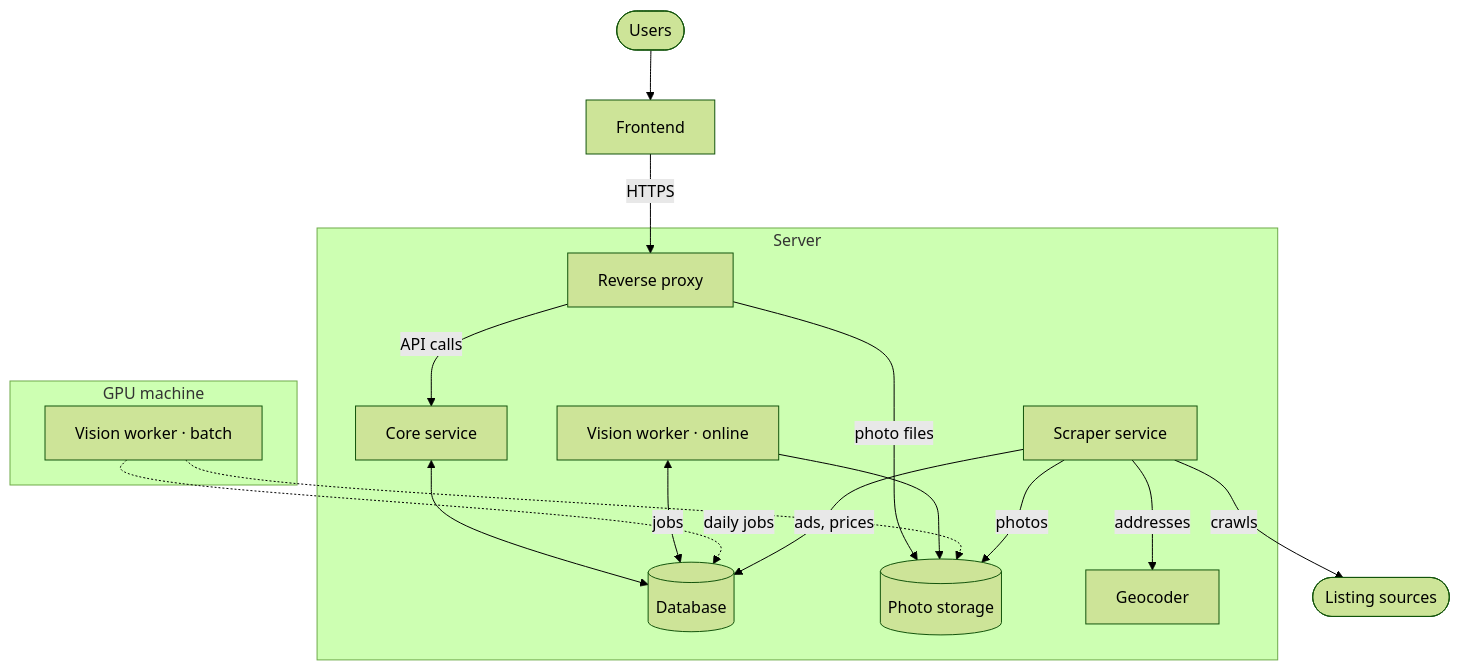
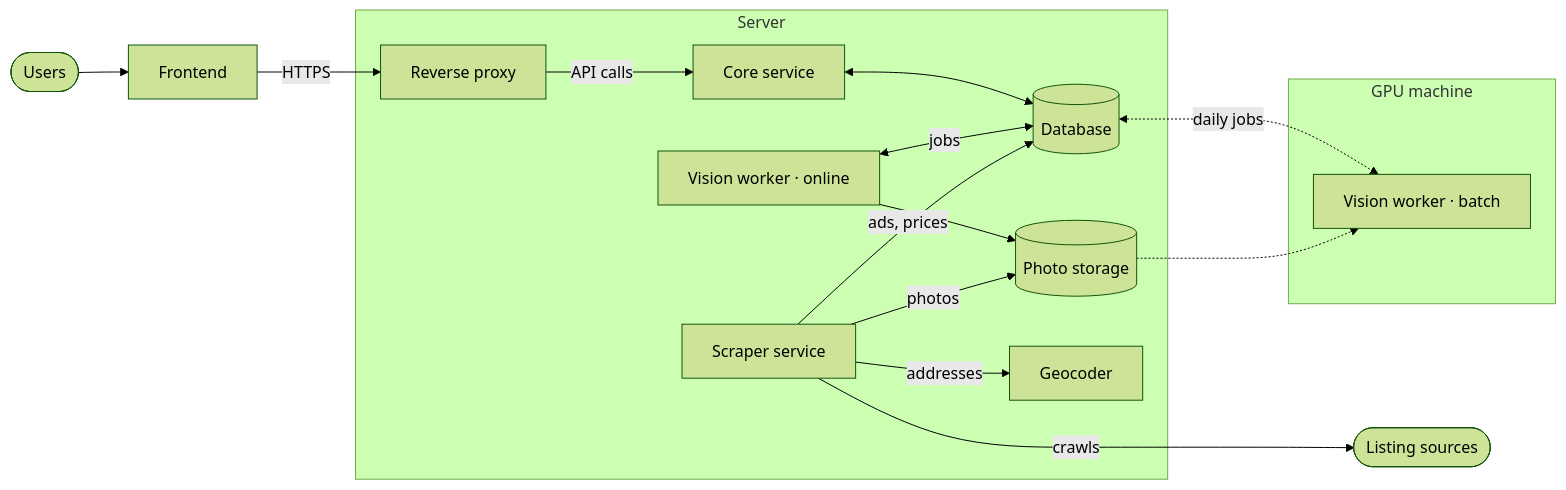
The diagram in README.md (mcittkmims/apartment-lens), drawn with Mermaid (forest theme) before and after one commit.

Commit message:
Lay out the diagram left to right: users, server, outside componentsClaude-Session: https://claude.ai/code/session_017Dt9DBNnQxbeH2nxV5Xm2r

````diff
--- a/README.md
+++ b/README.md
@@ -26,35 +26,34 @@
 ```mermaid
-flowchart TB
+flowchart LR
     users([Users])
     frontend["Frontend"]
-
-    subgraph gpu["GPU machine"]
-        vbatch["Vision worker · batch"]
-    end
 
     subgraph server["Server"]
         proxy["Reverse proxy"]
         core["Core service"]
         vonline["Vision worker · online"]
         scraper["Scraper service"]
         db[("Database")]
         store[("Photo storage")]
         geo["Geocoder"]
     end
 
+    subgraph gpu["GPU machine"]
+        vbatch["Vision worker · batch"]
+    end
+
     sources([Listing sources])
 
     users --> frontend
     frontend -->|HTTPS| proxy
     proxy -->|API calls| core
-    proxy -->|photo files| store
     core <--> db
     vonline <-->|jobs| db
     vonline --> store
-    vbatch -.->|daily jobs| db
-    vbatch -.-> store
     scraper -->|ads, prices| db
     scraper -->|photos| store
     scraper -->|addresses| geo
-    scraper -->|crawls| sources
+    scraper --->|crawls| sources
+    db <-.->|daily jobs| vbatch
+    store -.-> vbatch
 ```
````
